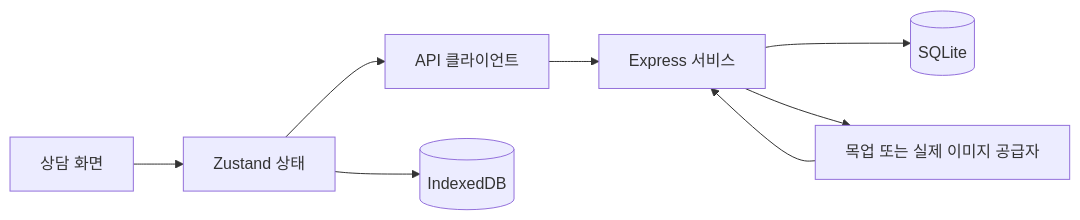
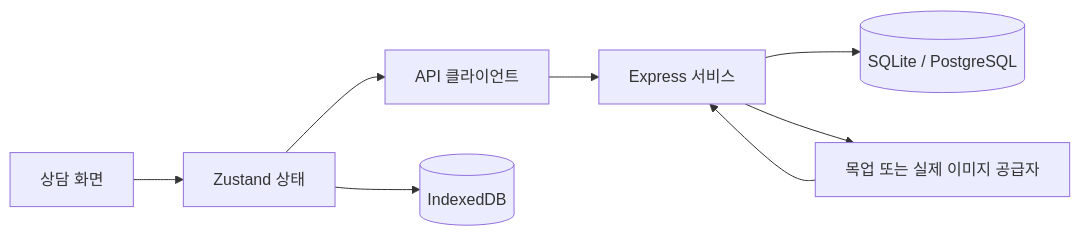
Before and after one commit to jang-tang/hairtwin: the diagram in README.md, drawn with Mermaid. The commit also changed other lines of this file and 49 other files, not shown here.

````diff
--- a/README.md
+++ b/README.md
@@ -132,10 +137,10 @@
 ```mermaid
 flowchart LR
   UI[상담 화면] --> Store[Zustand 상태]
   Store --> Client[API 클라이언트]
   Client --> Server[Express 서비스]
-  Server --> DB[(SQLite)]
+  Server --> DB[(SQLite / PostgreSQL)]
   Server --> Provider[목업 또는 실제 이미지 공급자]
   Provider --> Server
   Store --> Draft[(IndexedDB)]
 ```
````
